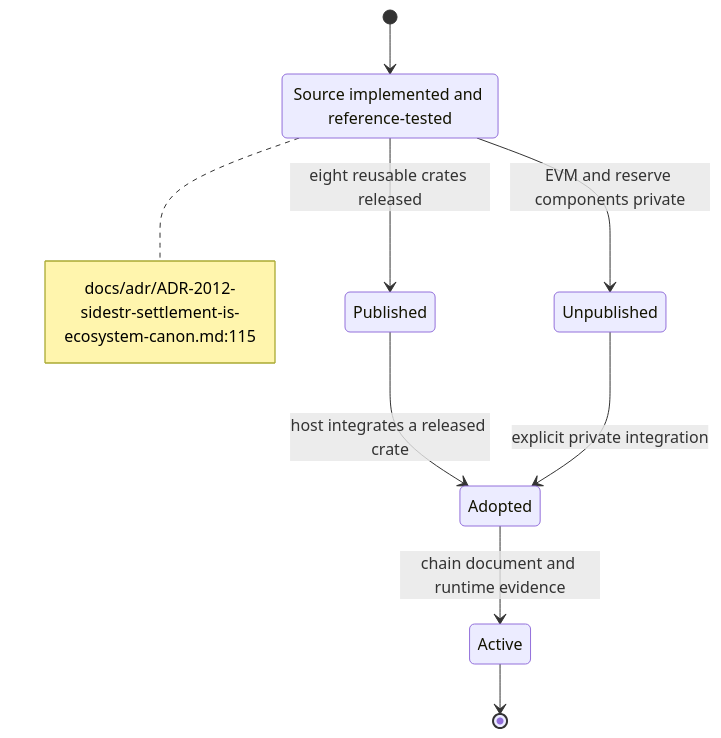
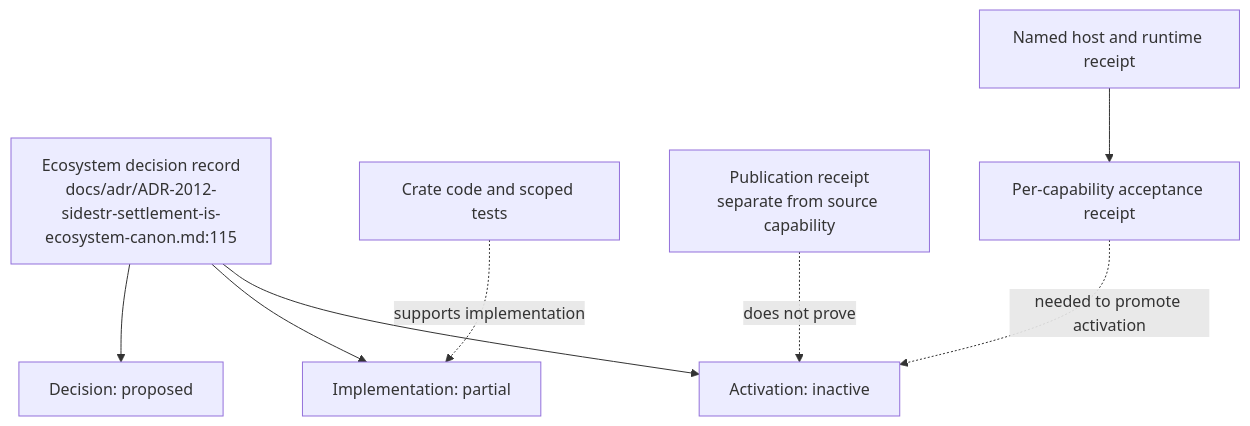
The third of 4 diagrams in docs/diagrams/sidestr-rs/01-workspace-oracles-and-live-boundary.md (DreamLab-AI/VisionFlow), drawn with Mermaid before and after one commit. The commit also changed other lines of this file and 36 other files, not shown here.

Commit message:
Audit SideStr host identity and crate/runtime boundaries

````diff
--- a/docs/diagrams/sidestr-rs/01-workspace-oracles-and-live-boundary.md
+++ b/docs/diagrams/sidestr-rs/01-workspace-oracles-and-live-boundary.md
@@ -99,14 +106,13 @@
 ```mermaid
-stateDiagram-v2
-    [*] --> Source
-    Source: Source implemented and reference-tested
-    Source --> Published: eight reusable crates released
-    Source --> Unpublished: EVM and reserve components private
-    Published --> Adopted: host integrates a released crate
-    Unpublished --> Adopted: explicit private integration
-    Adopted --> Active: chain document and runtime evidence
-    note right of Source
-        docs/adr/ADR-2012-sidestr-settlement-is-ecosystem-canon.md:115
-    end note
-    Active --> [*]
+flowchart TB
+    STATUS["Ecosystem decision record<br/>docs/adr/ADR-2012-sidestr-settlement-is-ecosystem-canon.md:115"]
+    STATUS --> DEC["Decision: proposed"]
+    STATUS --> IMP["Implementation: partial"]
+    STATUS --> ACT["Activation: inactive"]
+    SOURCE["Crate code and scoped tests"] -. "supports implementation" .-> IMP
+    PUB["Publication receipt<br/>separate from source capability"]
+    DEPLOY["Named host and runtime receipt"]
+    LIFE["Per-capability acceptance receipt"] -. "needed to promote activation" .-> ACT
+    PUB -. "does not prove" .-> ACT
+    DEPLOY --> LIFE
 ```
````
